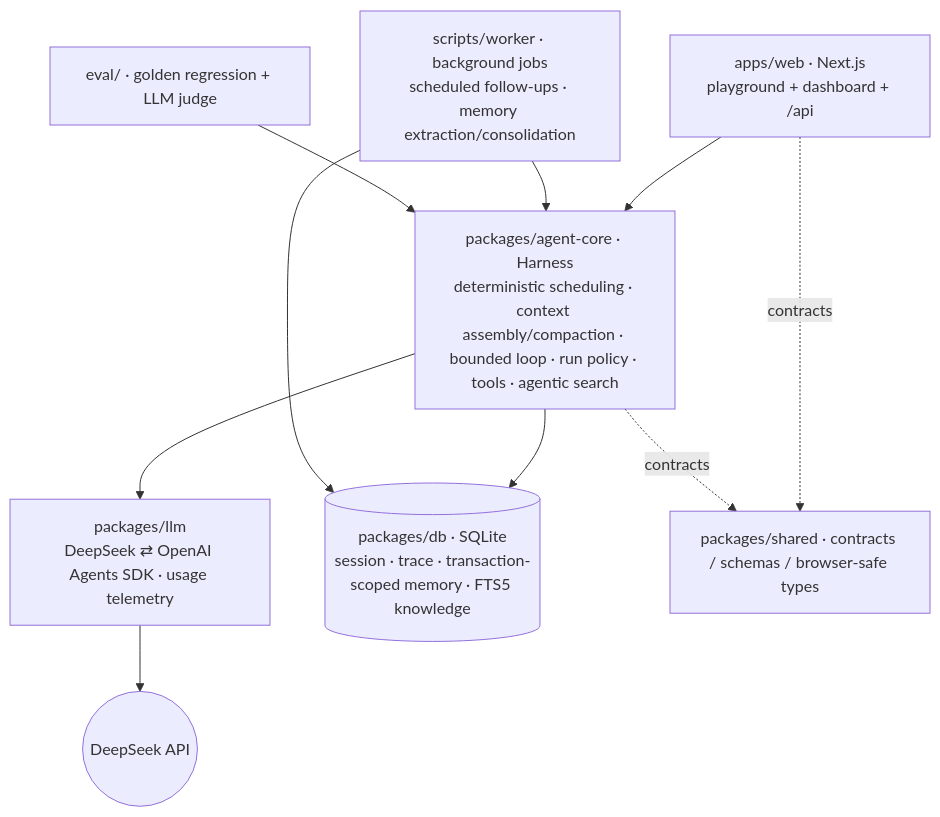
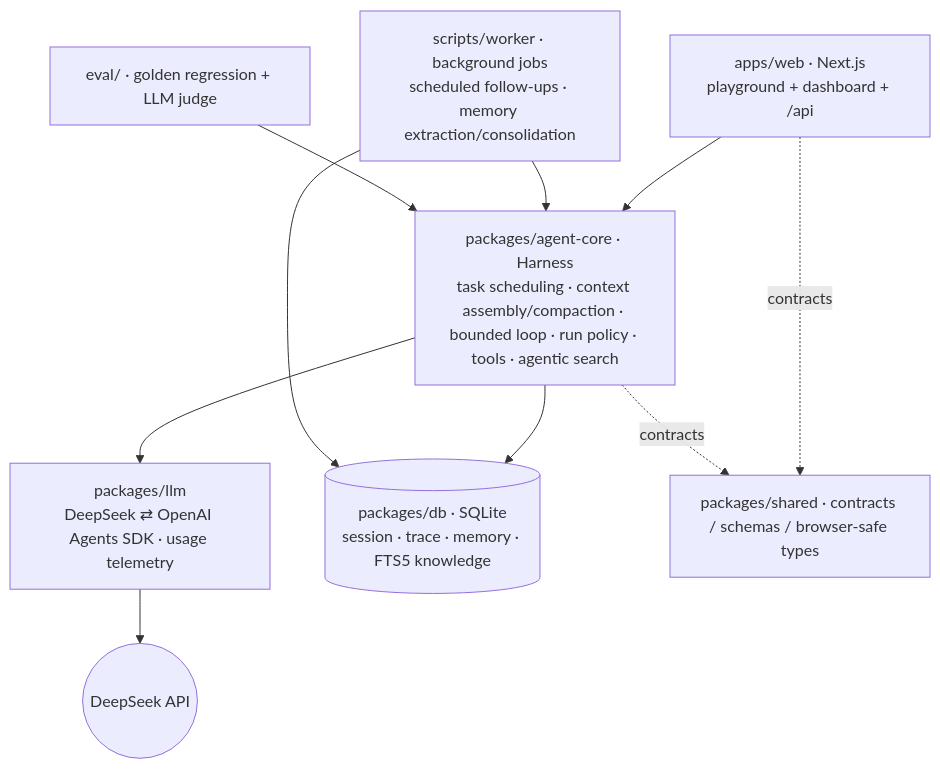
Before and after one commit to ImWenyaoT/chatty: the first of 2 diagrams in README.en.md, drawn with Mermaid. The commit also changed other lines of this file and 1 other file, not shown here.

````diff
--- a/README.en.md
+++ b/README.en.md
@@ -25,20 +32,20 @@
 ```mermaid
 flowchart TD
   web["apps/web · Next.js<br/>playground + dashboard + /api"]
-  core["packages/agent-core · Harness<br/>deterministic scheduling · context assembly/compaction · bounded loop · run policy · tools · agentic search"]
+  core["packages/agent-core · Harness<br/>task scheduling · context assembly/compaction · bounded loop · run policy · tools · agentic search"]
   llm["packages/llm<br/>DeepSeek ⇄ OpenAI Agents SDK · usage telemetry"]
-  db[("packages/db · SQLite<br/>session · trace · transaction-scoped memory · FTS5 knowledge")]
+  db[("packages/db · SQLite<br/>session · trace · memory · FTS5 knowledge")]
   shared["packages/shared · contracts / schemas / browser-safe types"]
   worker["scripts/worker · background jobs<br/>scheduled follow-ups · memory extraction/consolidation"]
   eval["eval/ · golden regression + LLM judge"]
   deepseek(("DeepSeek API"))
 
   web --> core
   core --> llm --> deepseek
   core --> db
   worker --> core
   worker --> db
   eval --> core
   web -. contracts .-> shared
   core -. contracts .-> shared
 ```
````
